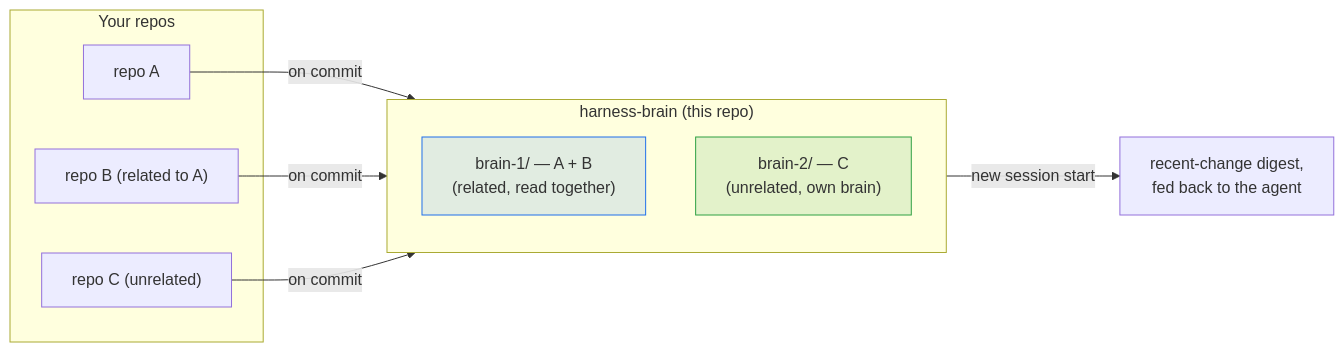
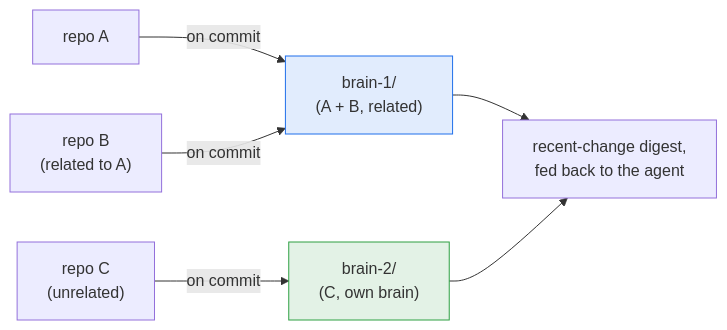
One commit to cloudbloqavi/harness-stack changed the diagram in templates/brain/README.md. Above: the diagram before and after it, drawn with Mermaid. The commit also changed 1 other file, not shown here.

````diff
--- a/templates/brain/README.md
+++ b/templates/brain/README.md
@@ -25,18 +25,10 @@
 ```mermaid
 flowchart LR
-    subgraph REPOS["Your repos"]
-      R1["repo A"]
-      R2["repo B (related to A)"]
-      R3["repo C (unrelated)"]
-    end
-    R1 -- "on commit" --> BRAIN
-    R2 -- "on commit" --> BRAIN
-    R3 -- "on commit" --> BRAIN
-    subgraph BRAIN["harness-brain (this repo)"]
-      B1["brain-1/ — A + B<br/>(related, read together)"]
-      B2["brain-2/ — C<br/>(unrelated, own brain)"]
-    end
-    BRAIN -- "new session start" --> DIGEST["recent-change digest,<br/>fed back to the agent"]
+    R1["repo A"] -->|"on commit"| B1["brain-1/<br/>(A + B, related)"]
+    R2["repo B<br/>(related to A)"] -->|"on commit"| B1
+    R3["repo C<br/>(unrelated)"] -->|"on commit"| B2["brain-2/<br/>(C, own brain)"]
+    B1 --> DIGEST["recent-change digest,<br/>fed back to the agent"]
+    B2 --> DIGEST
     style B1 fill:#1f6feb22,stroke:#1f6feb
     style B2 fill:#2ea04322,stroke:#2ea043
 ```
````
